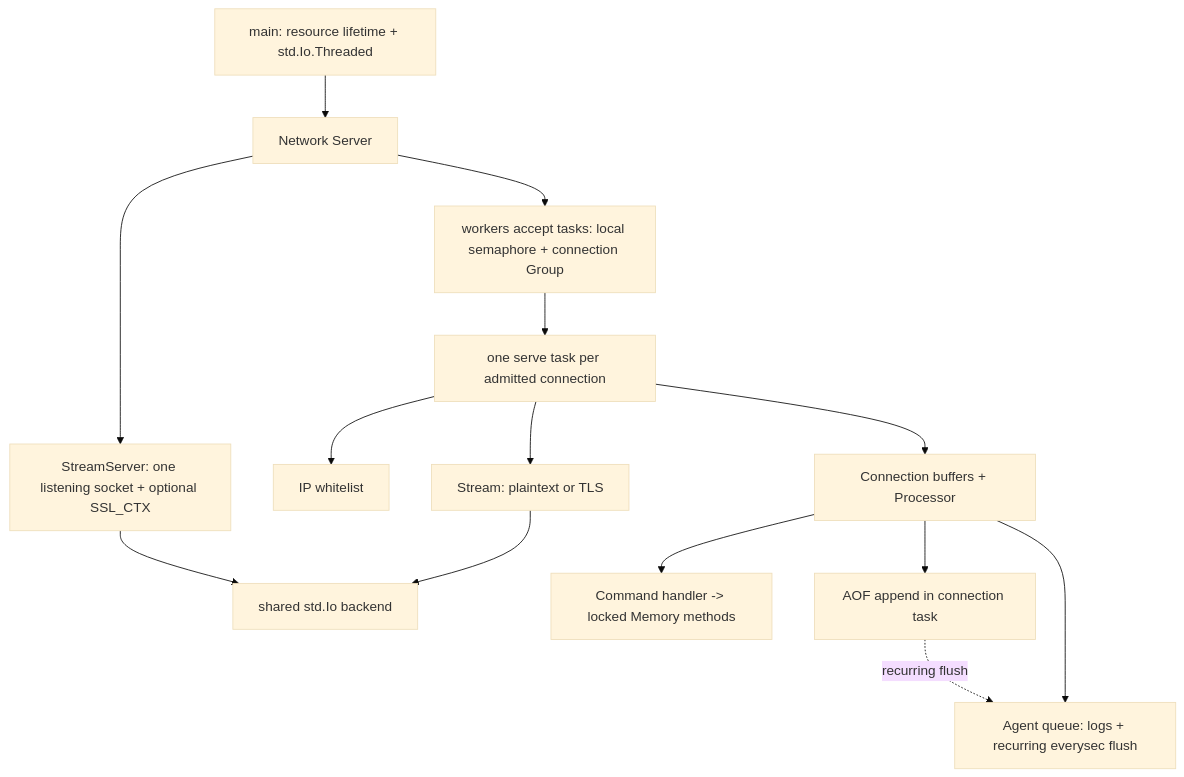
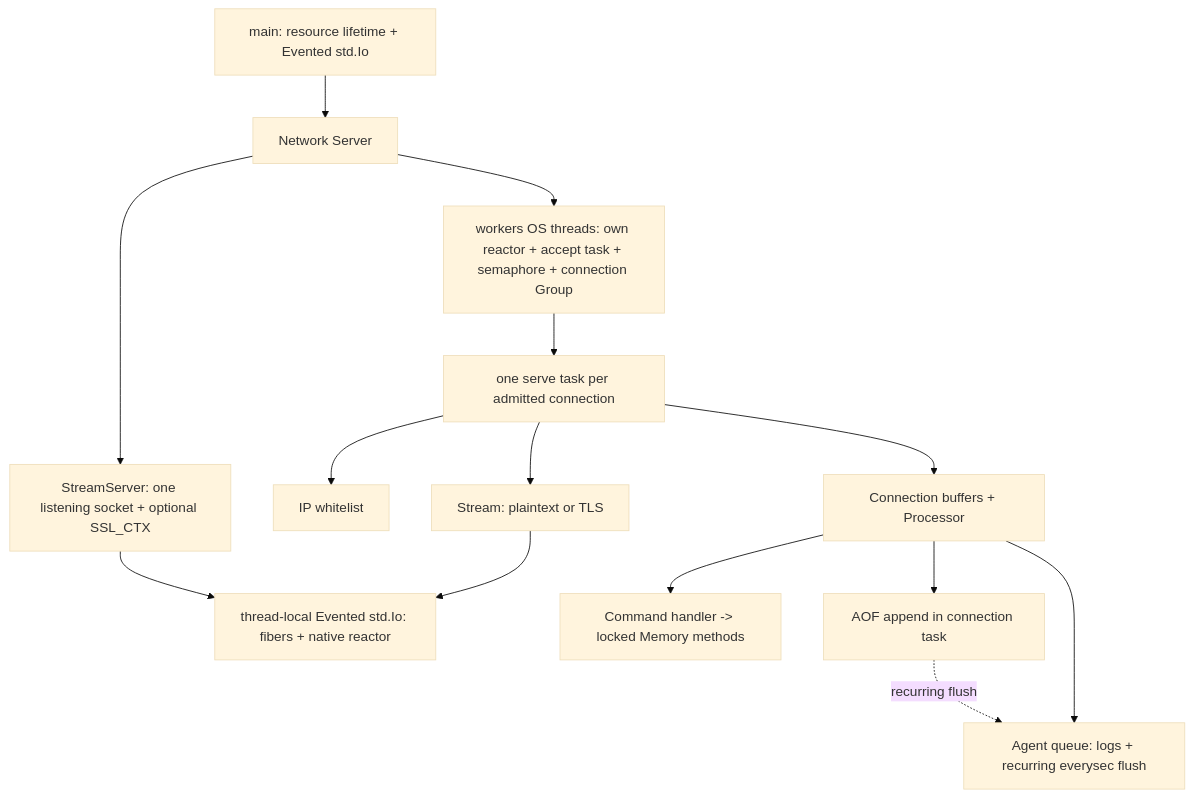
The first of 4 diagrams in docs/internals/network_architecture.md (sectasy0/zcached), drawn with Mermaid (base theme) before and after one commit. The commit also changed other lines of this file and 10 other files, not shown here.

First line of the commit message:
feat(io): add native std.Io reactors and multithreaded network workers

````diff
--- a/docs/internals/network_architecture.md
+++ b/docs/internals/network_architecture.md
@@ -43,28 +45,28 @@
 ```mermaid
 flowchart TD
-    Main["main: resource lifetime + std.Io.Threaded"]
+    Main["main: resource lifetime + Evented std.Io"]
     Server["Network Server"]
     Transport["StreamServer: one listening socket + optional SSL_CTX"]
-    Accept["workers accept tasks: local semaphore + connection Group"]
+    Accept["workers OS threads: own reactor + accept task + semaphore + connection Group"]
     Serve["one serve task per admitted connection"]
     Access["IP whitelist"]
     Stream["Stream: plaintext or TLS"]
     Processor["Connection buffers + Processor"]
     DB["Command handler -> locked Memory methods"]
     AOF["AOF append in connection task"]
     Queue["Agent queue: logs + recurring everysec flush"]
-    Backend["shared std.Io backend"]
+    Backend["thread-local Evented std.Io: fibers + native reactor"]
     Main --> Server
     Server --> Transport
     Server --> Accept
     Accept --> Serve
     Serve --> Access
     Serve --> Stream
     Serve --> Processor
     Processor --> DB
     Processor --> AOF
     Processor --> Queue
     AOF -. recurring flush .-> Queue
     Transport --> Backend
     Stream --> Backend
 ```
````
